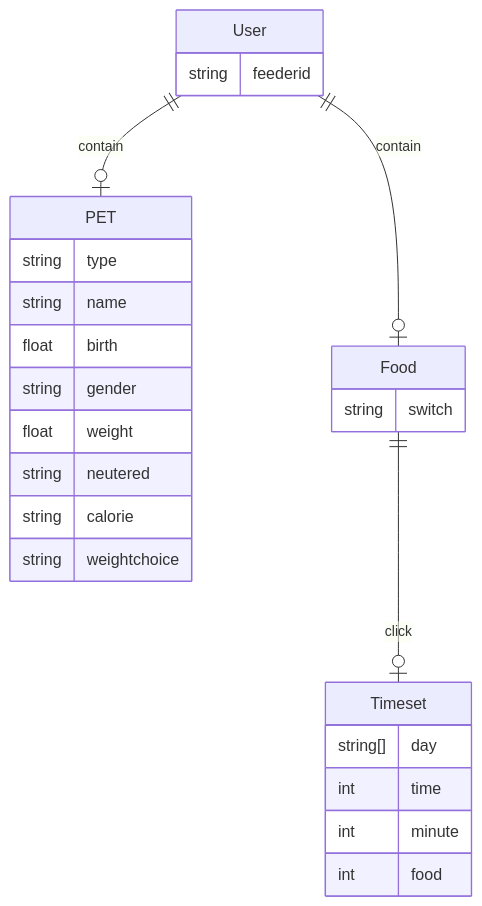
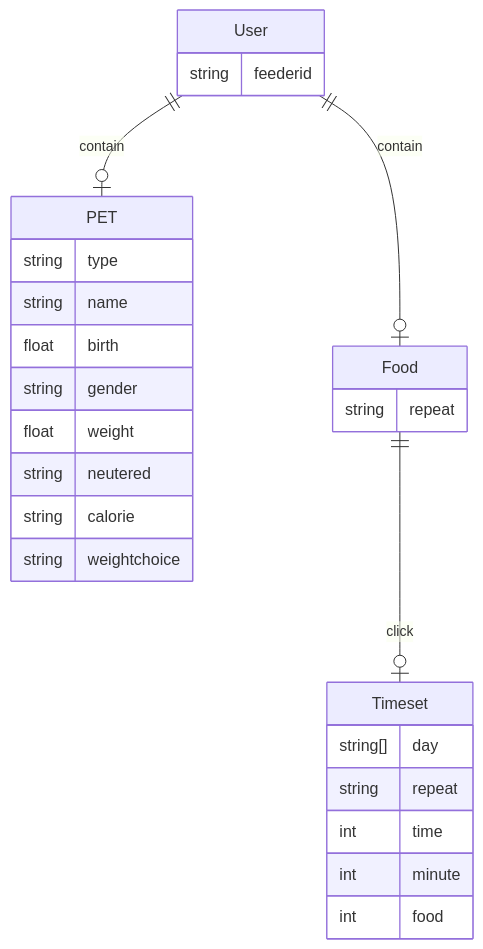
The diagram in app/README.md (dgkim2008/feeder-front), drawn with Mermaid before and after one commit.

Commit message:
스키마

````diff
--- a/app/README.md
+++ b/app/README.md
@@ -1,28 +1,29 @@
 ```mermaid
   erDiagram
     User {
         string feederid 
     }
     User ||--o| PET : contain
     PET {
         string type
         string name
         float birth
         string gender
         float weight
         string neutered
         string calorie
         string weightchoice
     }
     User ||--o| Food : contain
     Food {
-        string switch
+        string repeat
     }
     Food ||--o| Timeset : click
     Timeset {
        string[] day
+       string repeat
        int time
        int minute
        int food
     }
 ```
````
